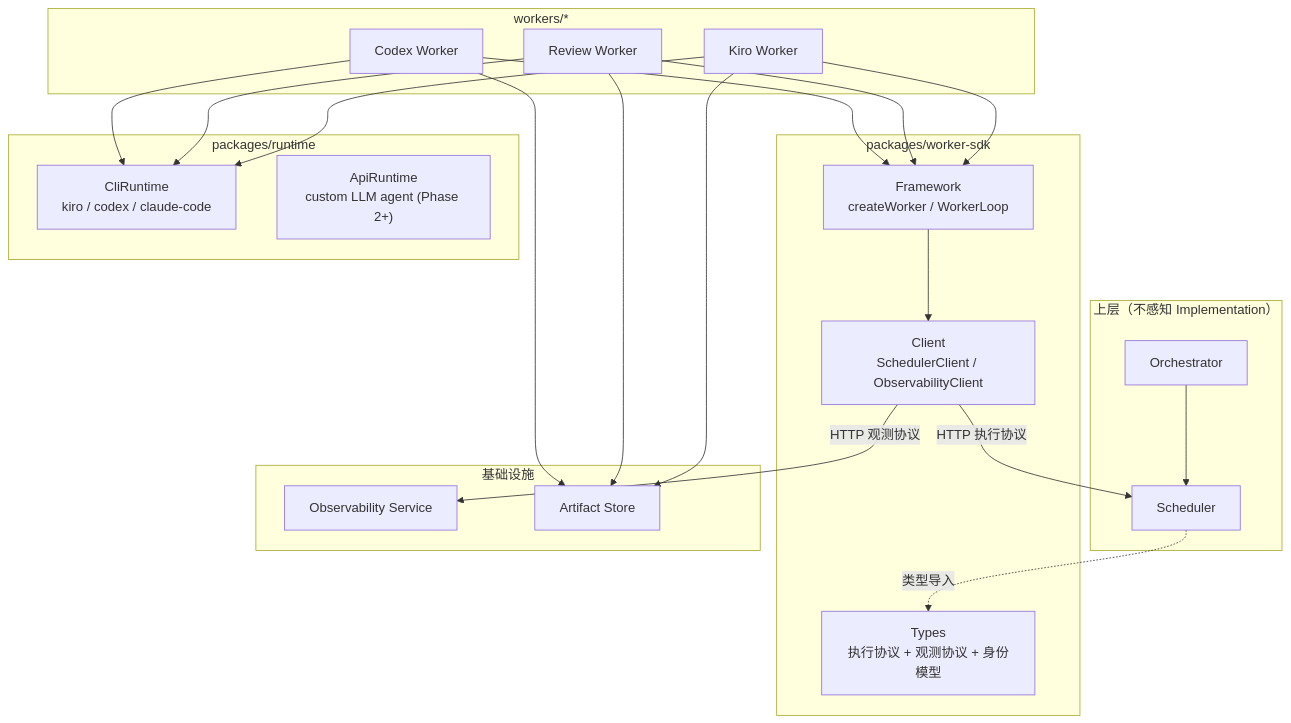
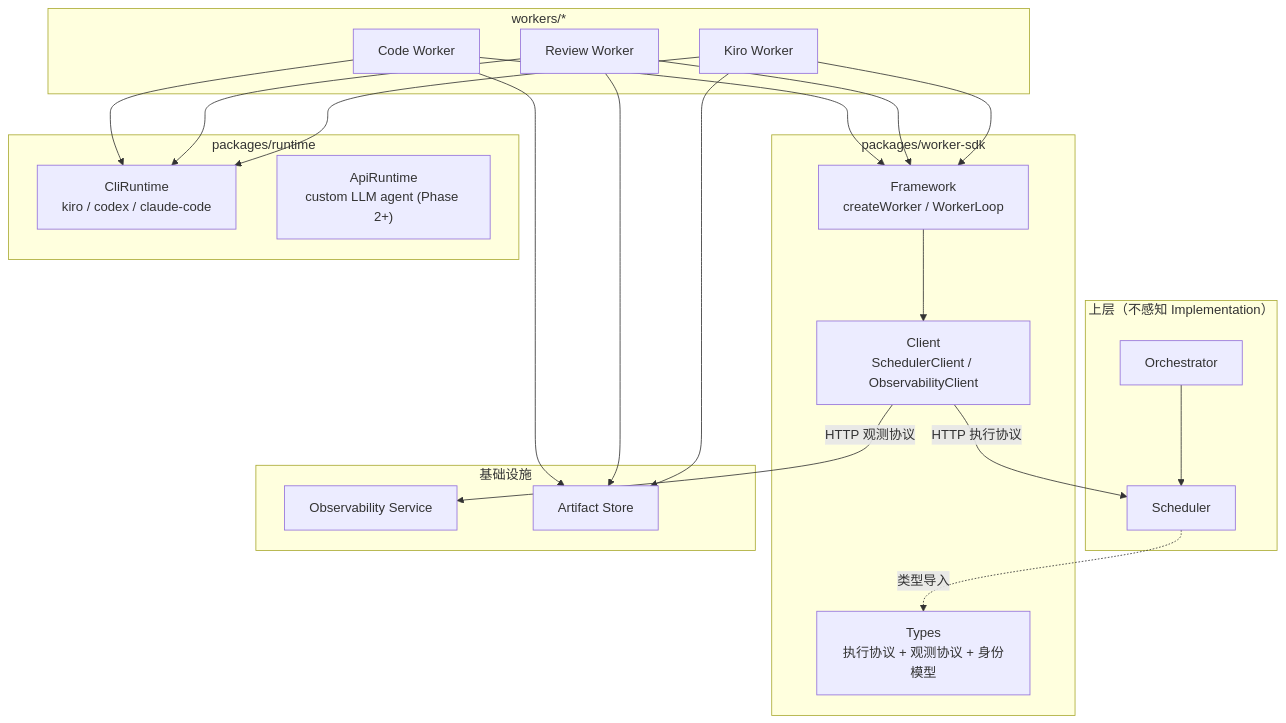
Before and after one commit to YoungerYang-Y/ai-sdlc-platform: the first of 6 diagrams in docs/design-docs/modules/worker-sdk.md, drawn with Mermaid. The commit also changed other lines of this file and 15 other files, not shown here.

````diff
--- a/docs/design-docs/modules/worker-sdk.md
+++ b/docs/design-docs/modules/worker-sdk.md
@@ -36,44 +36,44 @@
 ```mermaid
 flowchart TB
     subgraph Upper["上层（不感知 Implementation）"]
         O["Orchestrator"]
         S["Scheduler"]
     end
 
     subgraph SDK["packages/worker-sdk"]
         Types["Types<br/>执行协议 + 观测协议 + 身份模型"]
         Framework["Framework<br/>createWorker / WorkerLoop"]
         Client["Client<br/>SchedulerClient / ObservabilityClient"]
     end
 
     subgraph Runtime["packages/runtime"]
         CliRT["CliRuntime<br/>kiro / codex / claude-code"]
         ApiRT["ApiRuntime<br/>custom LLM agent (Phase 2+)"]
     end
 
     subgraph Workers["workers/*"]
-        CW["Codex Worker"]
+        CW["Code Worker"]
         RW["Review Worker"]
         KW["Kiro Worker"]
     end
 
     subgraph Infra["基础设施"]
         OBS["Observability Service"]
         ART["Artifact Store"]
     end
 
     O --> S
     S -.->|"类型导入"| Types
     CW --> Framework
     RW --> Framework
     KW --> Framework
     Framework --> Client
     Client -->|"HTTP 执行协议"| S
     Client -->|"HTTP 观测协议"| OBS
     CW --> CliRT
     RW --> CliRT
     KW --> CliRT
     CW --> ART
     RW --> ART
     KW --> ART
 ```
````
